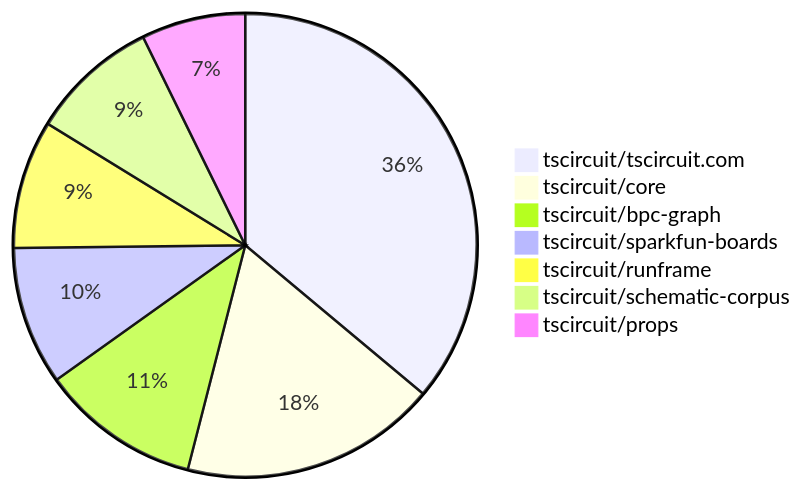
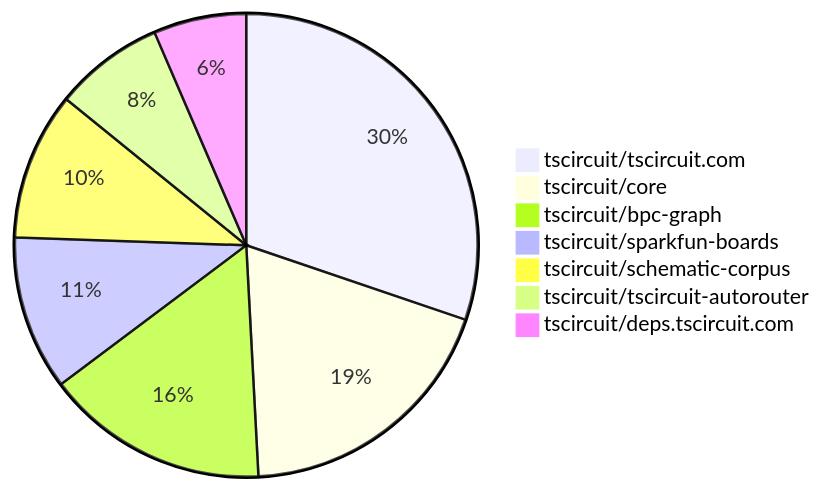
Before and after one commit to tscircuit/contribution-tracker: the second of 2 diagrams in README.md, drawn with Mermaid. The commit also changed other lines of this file and 3 other files, not shown here.

````diff
--- a/README.md
+++ b/README.md
@@ -129,10 +114,10 @@
 ```mermaid
 pie
-    "tscircuit/tscircuit.com" : 149
-    "tscircuit/core" : 74
-    "tscircuit/bpc-graph" : 46
-    "tscircuit/sparkfun-boards" : 40
-    "tscircuit/runframe" : 37
-    "tscircuit/schematic-corpus" : 37
-    "tscircuit/props" : 30
+    "tscircuit/tscircuit.com" : 126
+    "tscircuit/core" : 79
+    "tscircuit/bpc-graph" : 65
+    "tscircuit/sparkfun-boards" : 45
+    "tscircuit/schematic-corpus" : 43
+    "tscircuit/tscircuit-autorouter" : 32
+    "tscircuit/deps.tscircuit.com" : 27
 ```
````
